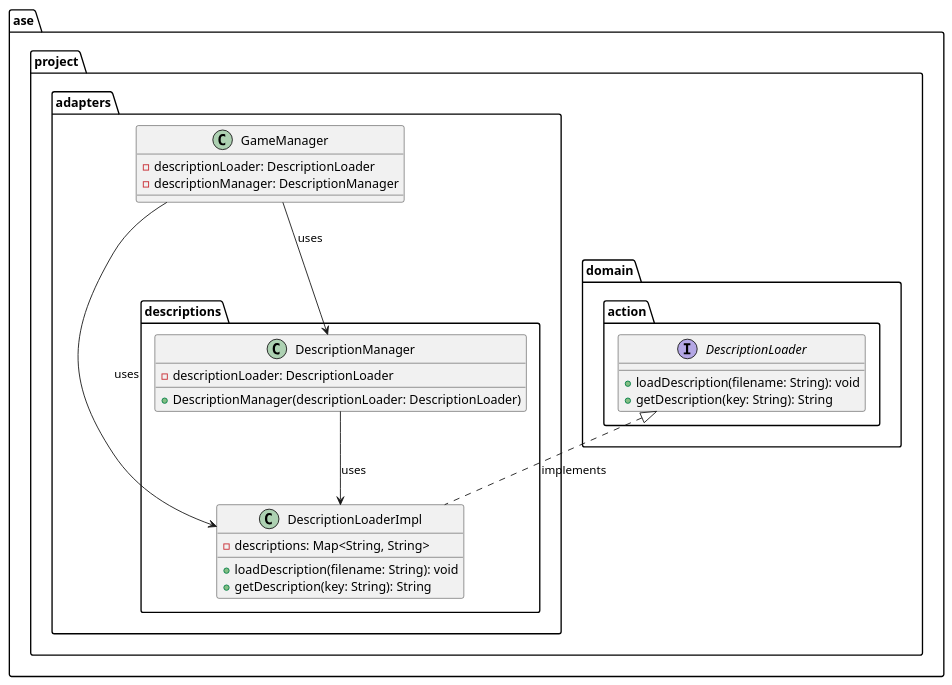
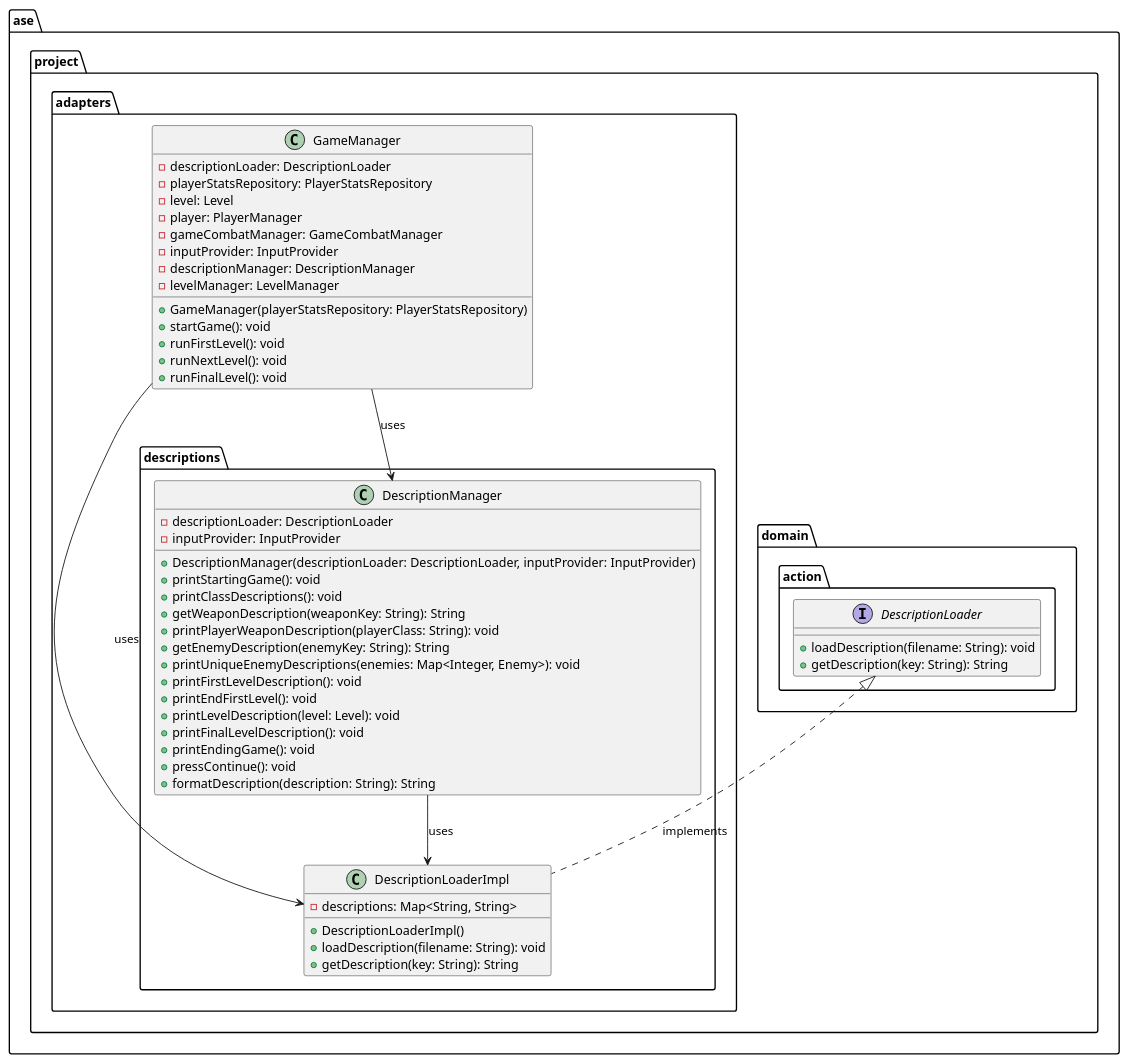
The diagram in _uml.diagrams/DescriptionLoader.puml (MonikaG14/ase-textbased-rpg), drawn with PlantUML before and after one commit. The commit also changed 8 other files, not shown here.

Commit message:
add missing attribute, methods and constructors to the UML diagrams

```diff
--- a/_uml.diagrams/DescriptionLoader.puml
+++ b/_uml.diagrams/DescriptionLoader.puml
@@ -1,35 +1,64 @@
 @startuml
 
 package ase.project.domain.action {
   interface DescriptionLoader {
-    + loadDescription(filename: String): void
-    + getDescription(key: String): String
+        + loadDescription(filename: String): void
+        + getDescription(key: String): String
   }
 }
 
 package ase.project.adapters.descriptions {
   class DescriptionLoaderImpl {
-    - descriptions: Map<String, String>
-    + loadDescription(filename: String): void
-    + getDescription(key: String): String
+        - descriptions: Map<String, String>
+
+        + DescriptionLoaderImpl()
+        + loadDescription(filename: String): void
+        + getDescription(key: String): String
   }
 
   class DescriptionManager {
-    - descriptionLoader: DescriptionLoader
-    + DescriptionManager(descriptionLoader: DescriptionLoader)
+        - descriptionLoader: DescriptionLoader
+        - inputProvider: InputProvider
+
+        + DescriptionManager(descriptionLoader: DescriptionLoader, inputProvider: InputProvider)
+        + printStartingGame(): void
+        + printClassDescriptions(): void
+        + getWeaponDescription(weaponKey: String): String
+        + printPlayerWeaponDescription(playerClass: String): void
+        + getEnemyDescription(enemyKey: String): String
+        + printUniqueEnemyDescriptions(enemies: Map<Integer, Enemy>): void
+        + printFirstLevelDescription(): void
+        + printEndFirstLevel(): void
+        + printLevelDescription(level: Level): void
+        + printFinalLevelDescription(): void
+        + printEndingGame(): void
+        + pressContinue(): void
+        + formatDescription(description: String): String
   }
 }
 
 package ase.project.adapters {
   class GameManager {
     - descriptionLoader: DescriptionLoader
-    - descriptionManager: DescriptionManager
+        - playerStatsRepository: PlayerStatsRepository
+        - level: Level
+        - player: PlayerManager
+        - gameCombatManager: GameCombatManager
+        - inputProvider: InputProvider
+        - descriptionManager: DescriptionManager
+        - levelManager: LevelManager
+
+        + GameManager(playerStatsRepository: PlayerStatsRepository)
+        + startGame(): void
+        + runFirstLevel(): void
+        + runNextLevel(): void
+        + runFinalLevel(): void
   }
 }
 
 DescriptionLoader <|.. DescriptionLoaderImpl : implements
 DescriptionManager --> DescriptionLoaderImpl : uses
 GameManager --> DescriptionLoaderImpl : uses
 GameManager --> DescriptionManager : uses
 
 @enduml
```
